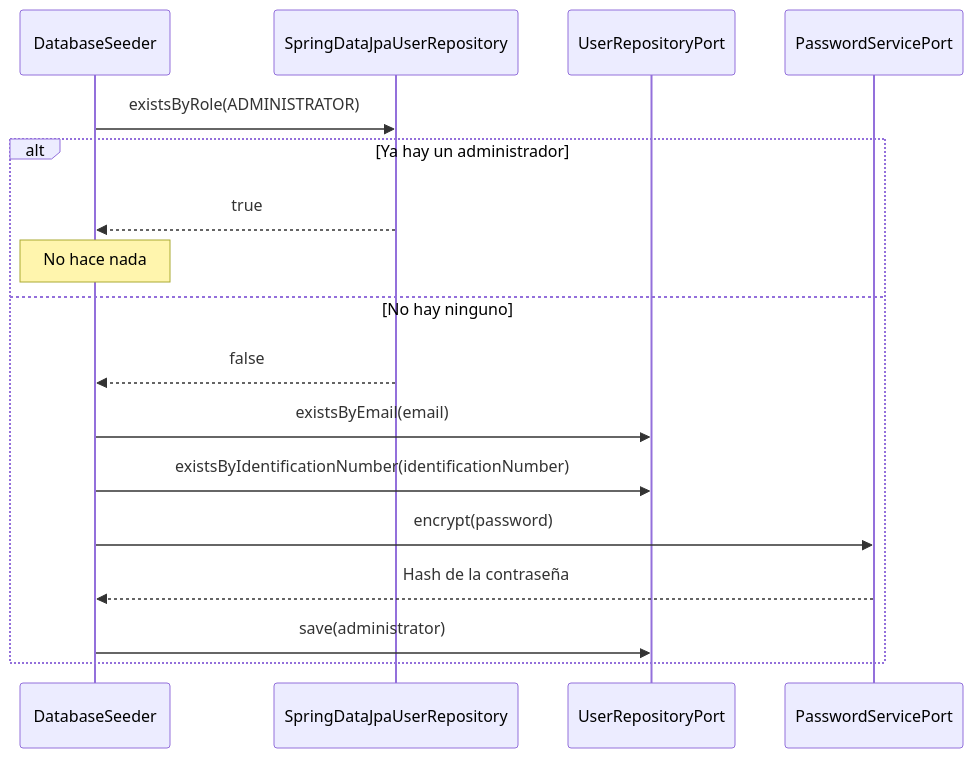
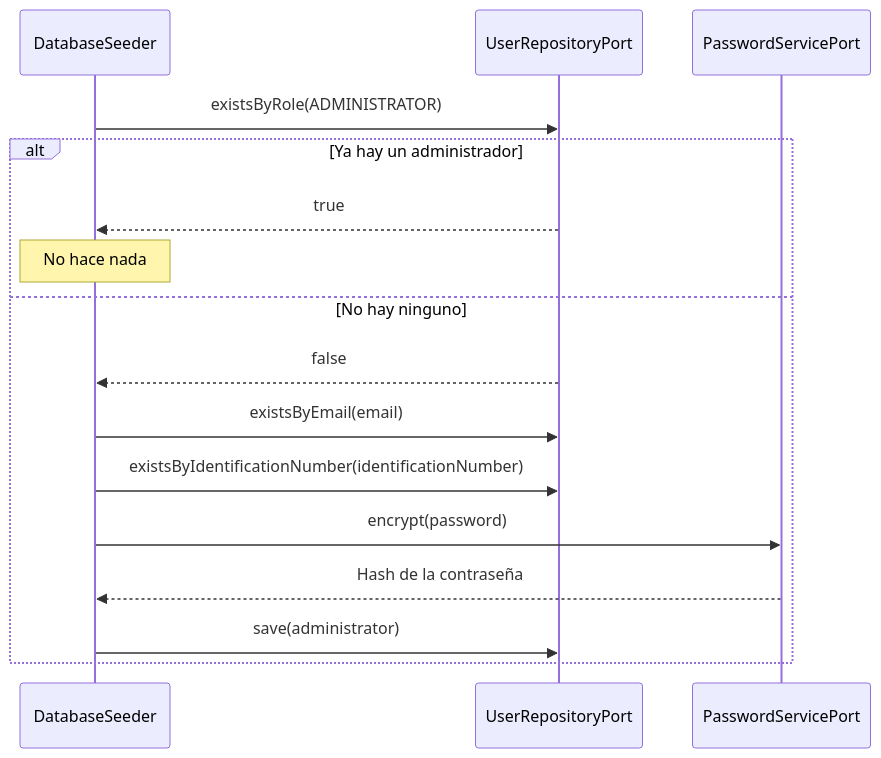
Before and after one commit to agudelovalenciasebastian385-sketch/Nexus: the first of 2 diagrams in SDD/C4/10-capa-infrastructure.md, drawn with Mermaid. The commit also changed other lines of this file and 67 other files, not shown here.

````diff
--- a/SDD/C4/10-capa-infrastructure.md
+++ b/SDD/C4/10-capa-infrastructure.md
@@ -13,19 +13,18 @@
 ```mermaid
 sequenceDiagram
     participant D as DatabaseSeeder
-    participant R as SpringDataJpaUserRepository
     participant U as UserRepositoryPort
     participant P as PasswordServicePort
-    D->>R: existsByRole(ADMINISTRATOR)
+    D->>U: existsByRole(ADMINISTRATOR)
     alt Ya hay un administrador
-        R-->>D: true
+        U-->>D: true
         Note over D: No hace nada
     else No hay ninguno
-        R-->>D: false
+        U-->>D: false
         D->>U: existsByEmail(email)
         D->>U: existsByIdentificationNumber(identificationNumber)
         D->>P: encrypt(password)
         P-->>D: Hash de la contraseña
         D->>U: save(administrator)
     end
 ```
````
